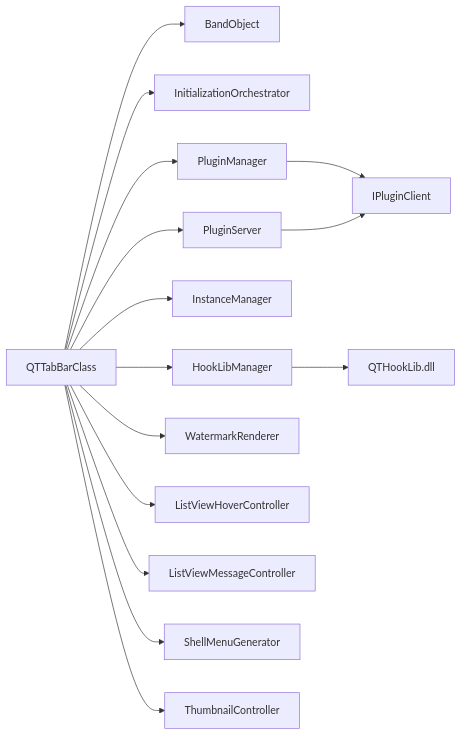
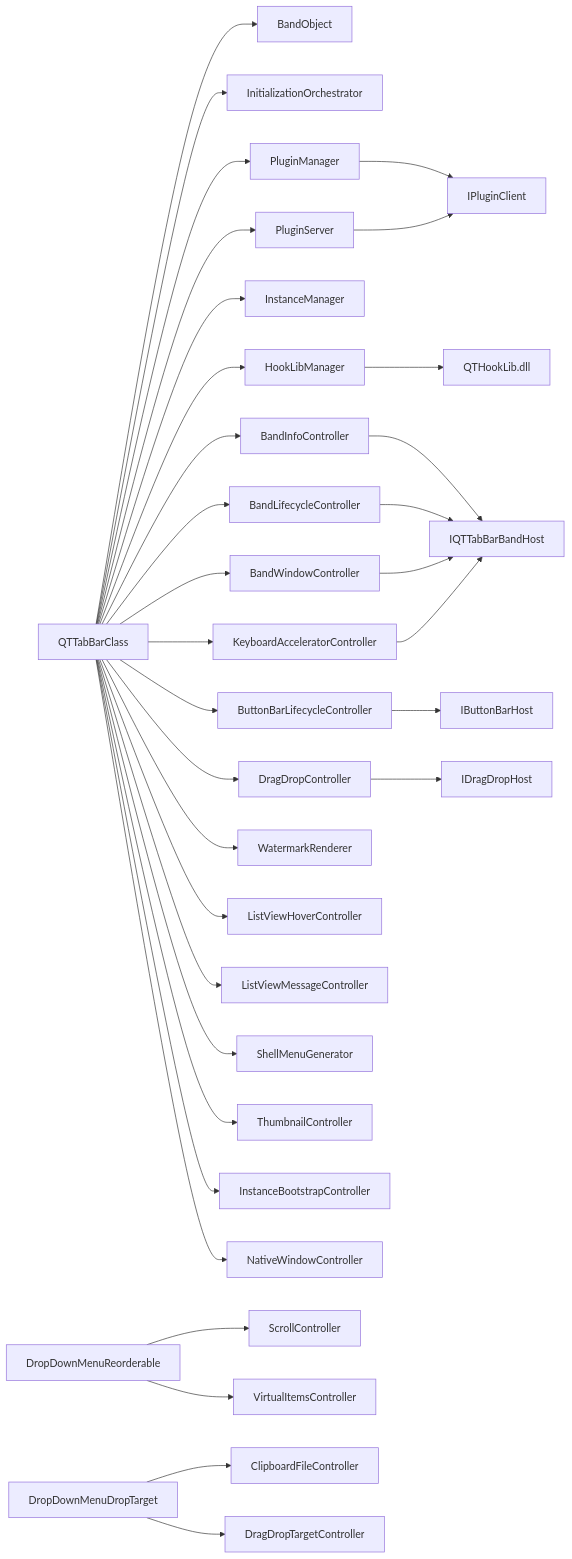
Diagram 15 of 15 in .qoder/repowiki/zh/content/架构设计/架构设计.md (rainiva/QTTabBar-Next), drawn with Mermaid before and after one commit. The commit also changed other lines of this file and 415 other files, not shown here.

First line of the commit message:
refactor(wave20): meet cluster root-cure target with host/controller extraction

````diff
--- a/.qoder/repowiki/zh/content/架构设计/架构设计.md
+++ b/.qoder/repowiki/zh/content/架构设计/架构设计.md
@@ -615,17 +1159,35 @@
 ```mermaid
 graph LR
 TBB["QTTabBarClass"] --> BO["BandObject"]
 TBB --> IO["InitializationOrchestrator"]
 TBB --> PM["PluginManager"]
 TBB --> PS["PluginServer"]
 TBB --> IM["InstanceManager"]
 TBB --> HM["HookLibManager"]
+TBB --> BIC["BandInfoController"]
+TBB --> BLC["BandLifecycleController"]
+TBB --> BBC["BandWindowController"]
+TBB --> KAC["KeyboardAcceleratorController"]
+TBB --> BBL["ButtonBarLifecycleController"]
+TBB --> DDC["DragDropController"]
 TBB --> WR["WatermarkRenderer"]
 TBB --> LHC["ListViewHoverController"]
 TBB --> LMC["ListViewMessageController"]
 TBB --> SMG["ShellMenuGenerator"]
 TBB --> TC["ThumbnailController"]
+TBB --> IBC["InstanceBootstrapController"]
+TBB --> NWC["NativeWindowController"]
+DMR["DropDownMenuReorderable"] --> SC["ScrollController"]
+DMR --> VIC["VirtualItemsController"]
+DMDT["DropDownMenuDropTarget"] --> CBC["ClipboardFileController"]
+DMDT --> DDTC["DragDropTargetController"]
 PM --> Ipc["IPluginClient"]
 PS --> Ipc
 HM --> HLL["QTHookLib.dll"]
+BIC --> IQBTBH["IQTTabBarBandHost"]
+BLC --> IQBTBH
+BBC --> IQBTBH
+KAC --> IQBTBH
+BBL --> IBBH["IButtonBarHost"]
+DDC --> IDDH["IDragDropHost"]
 ```
````
